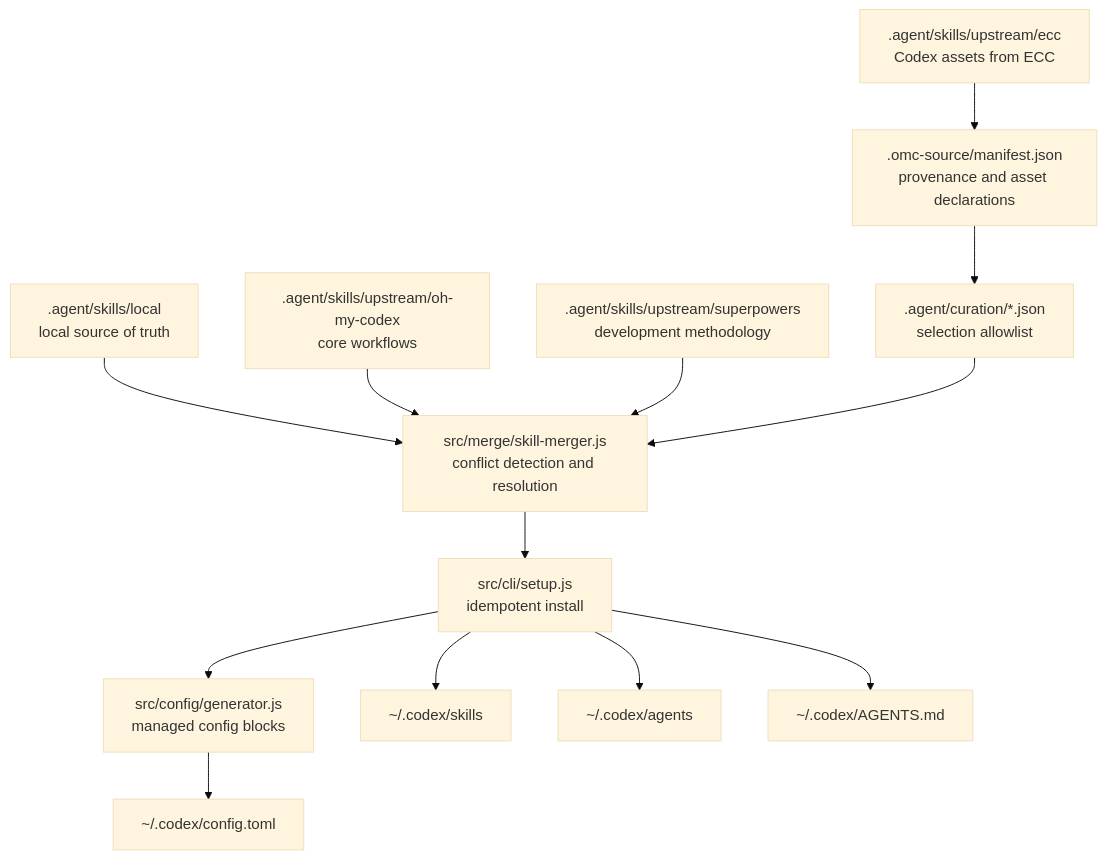
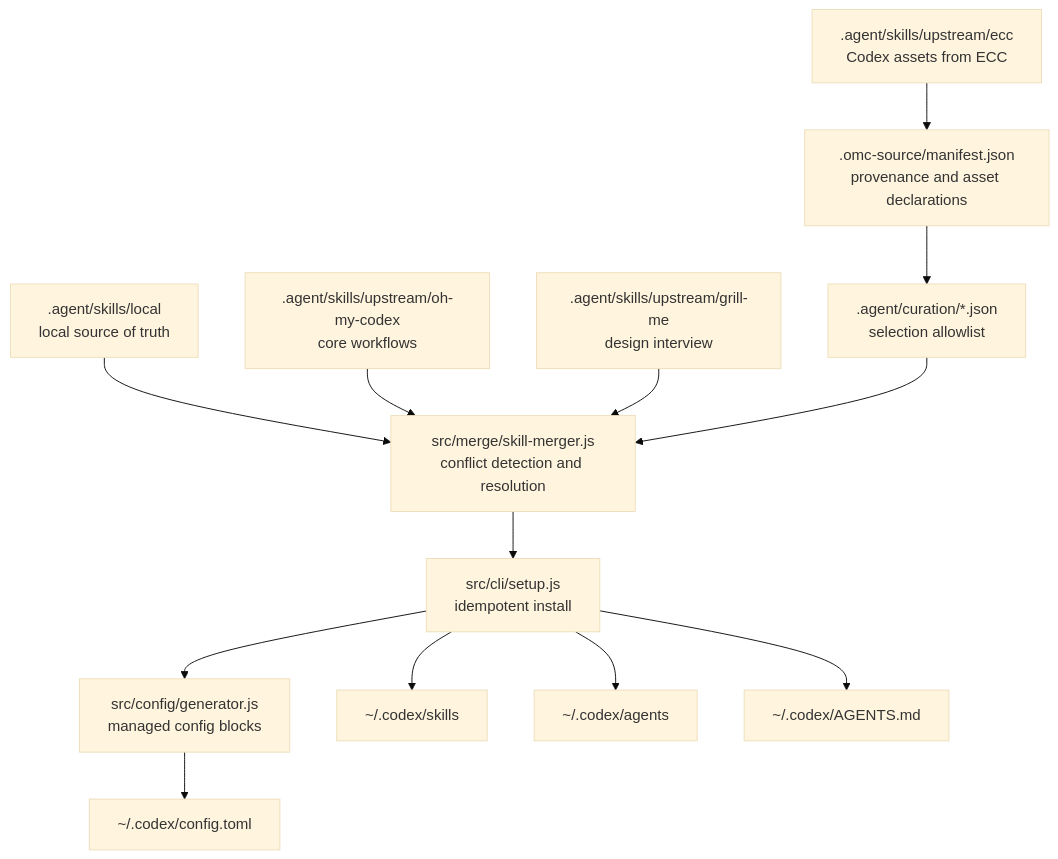
One commit to materialofair/oh-my-codex changed the diagram in docs/internal-tech-share-oh-my-codex.md. Above: the diagram before and after it, drawn with Mermaid (base theme). The commit also changed other lines of this file and 69 other files, not shown here.

First line of the commit message:
feat: replace superpowers upstream source with grill-me

````diff
--- a/docs/internal-tech-share-oh-my-codex.md
+++ b/docs/internal-tech-share-oh-my-codex.md
@@ -364,31 +364,31 @@
 ```mermaid
 flowchart TD
     local[".agent/skills/local<br/>local source of truth"]
     omc[".agent/skills/upstream/oh-my-codex<br/>core workflows"]
-    sp[".agent/skills/upstream/superpowers<br/>development methodology"]
+    grill[".agent/skills/upstream/grill-me<br/>design interview"]
     ecc[".agent/skills/upstream/ecc<br/>Codex assets from ECC"]
 
     manifest[".omc-source/manifest.json<br/>provenance and asset declarations"]
     curation[".agent/curation/*.json<br/>selection allowlist"]
     merger["src/merge/skill-merger.js<br/>conflict detection and resolution"]
     setup["src/cli/setup.js<br/>idempotent install"]
     config["src/config/generator.js<br/>managed config blocks"]
 
     runtimeSkills["~/.codex/skills"]
     runtimeAgents["~/.codex/agents"]
     runtimeConfig["~/.codex/config.toml"]
     runtimeAgentsMd["~/.codex/AGENTS.md"]
 
     local --> merger
     omc --> merger
-    sp --> merger
+    grill --> merger
     ecc --> manifest
     manifest --> curation
     curation --> merger
     merger --> setup
     setup --> runtimeSkills
     setup --> runtimeAgents
     setup --> runtimeAgentsMd
     setup --> config
     config --> runtimeConfig
 ```
````
